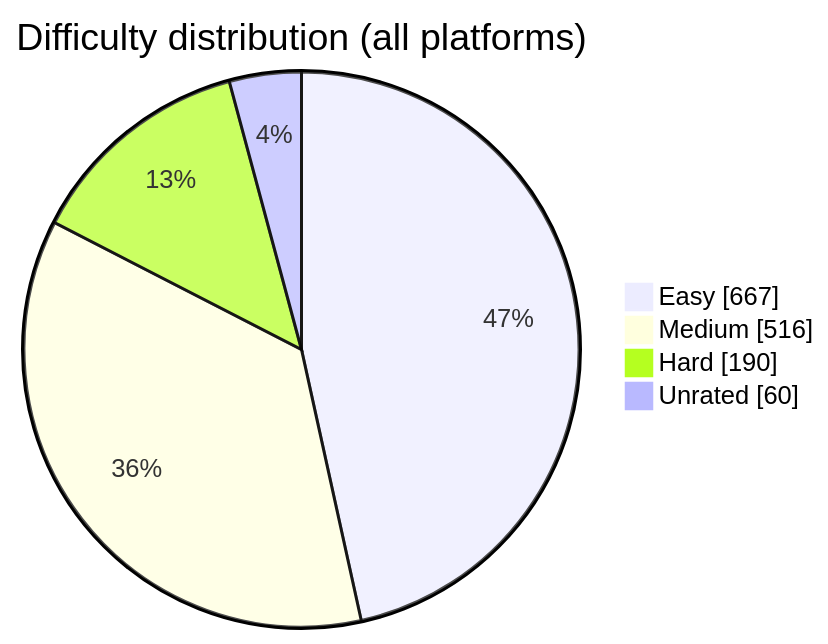
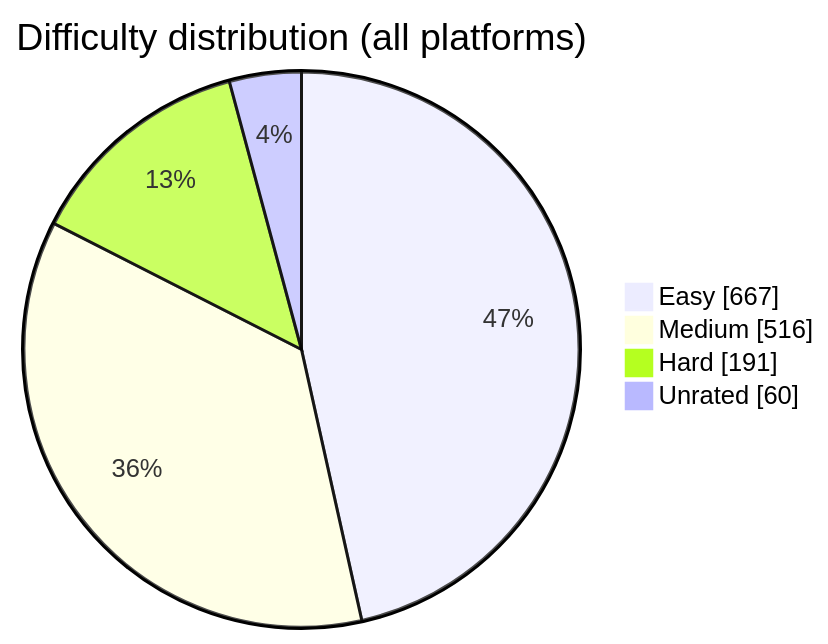
The diagram in README.md (BuildbyArindam/Daily-Coding-Log), drawn with Mermaid before and after one commit. The commit also changed other lines of this file, not shown here.

````diff
--- a/README.md
+++ b/README.md
@@ -93,7 +93,7 @@
 ```mermaid
 pie showData title Difficulty distribution (all platforms)
     "Easy" : 667
     "Medium" : 516
-    "Hard" : 190
+    "Hard" : 191
     "Unrated" : 60
 ```
````
